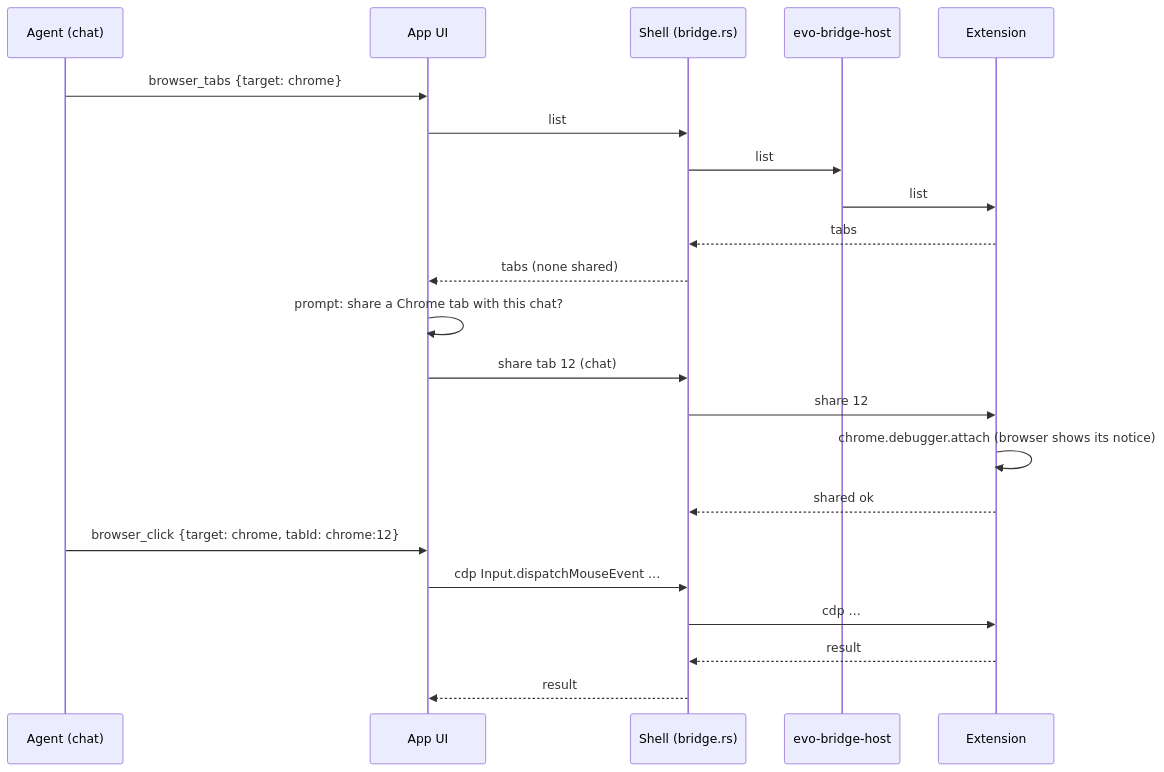
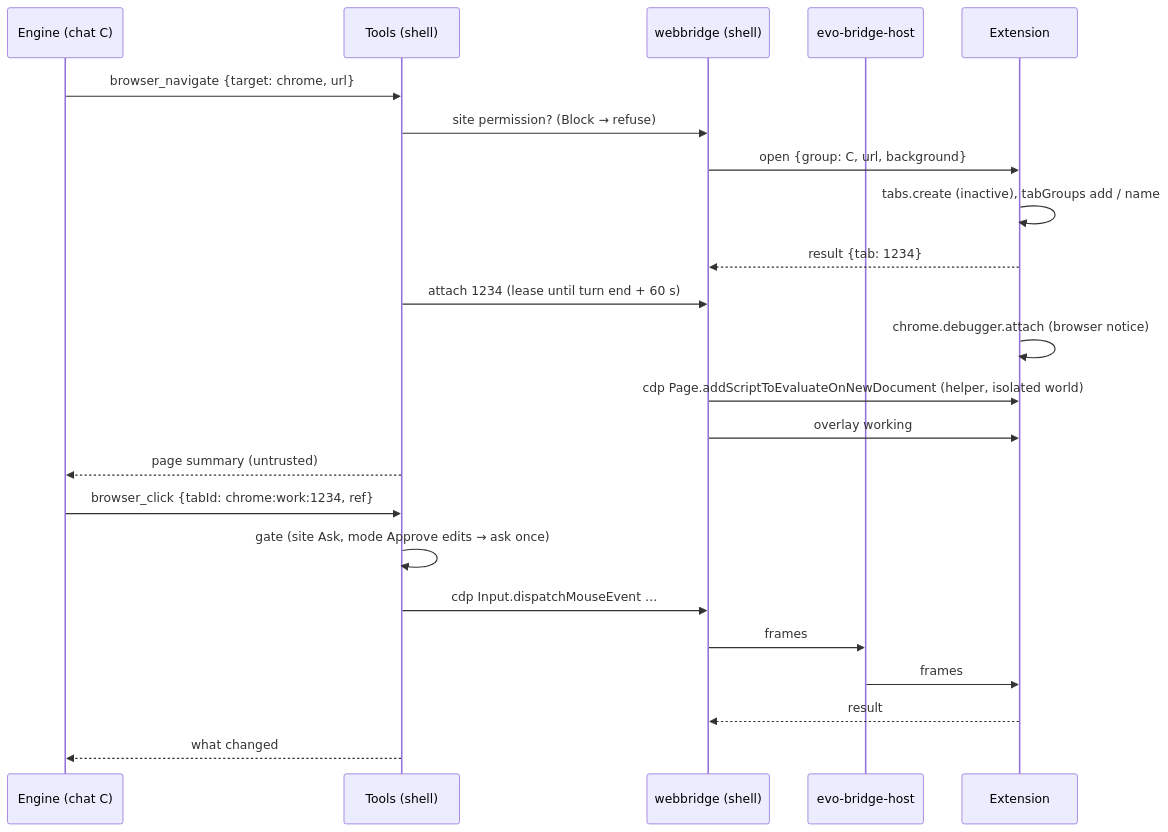
One commit to evoelsewhere/evo-harness changed the diagram in docs/features/browser-bridge/plan.md. Above: the diagram before and after it, drawn with Mermaid. The commit also changed other lines of this file and 5 other files, not shown here.

First line of the commit message:
docs(browser-bridge): Evo Webbridge spec, plan and proposal page

````diff
--- a/docs/features/browser-bridge/plan.md
+++ b/docs/features/browser-bridge/plan.md
@@ -103,24 +286,25 @@
 ```mermaid
 sequenceDiagram
-  participant A as Agent (chat)
-  participant U as App UI
-  participant S as Shell (bridge.rs)
+  participant E as Engine (chat C)
+  participant T as Tools (shell)
+  participant B as webbridge (shell)
   participant H as evo-bridge-host
   participant X as Extension
-  A->>U: browser_tabs {target: chrome}
-  U->>S: list
-  S->>H: list
-  H->>X: list
-  X-->>S: tabs
-  S-->>U: tabs (none shared)
-  U->>U: prompt: share a Chrome tab with this chat?
-  U->>S: share tab 12 (chat)
-  S->>X: share 12
-  X->>X: chrome.debugger.attach (browser shows its notice)
-  X-->>S: shared ok
-  A->>U: browser_click {target: chrome, tabId: chrome:12}
-  U->>S: cdp Input.dispatchMouseEvent …
-  S->>X: cdp …
-  X-->>S: result
-  S-->>U: result
+  E->>T: browser_navigate {target: chrome, url}
+  T->>B: site permission? (Block → refuse)
+  B->>X: open {group: C, url, background}
+  X->>X: tabs.create (inactive), tabGroups add / name
+  X-->>B: result {tab: 1234}
+  T->>B: attach 1234 (lease until turn end + 60 s)
+  X->>X: chrome.debugger.attach (browser notice)
+  B->>X: cdp Page.addScriptToEvaluateOnNewDocument (helper, isolated world)
+  B->>X: overlay working
+  T-->>E: page summary (untrusted)
+  E->>T: browser_click {tabId: chrome:work:1234, ref}
+  T->>T: gate (site Ask, mode Approve edits → ask once)
+  T->>B: cdp Input.dispatchMouseEvent …
+  B->>H: frames
+  H->>X: frames
+  X-->>B: result
+  T-->>E: what changed
 ```
````
